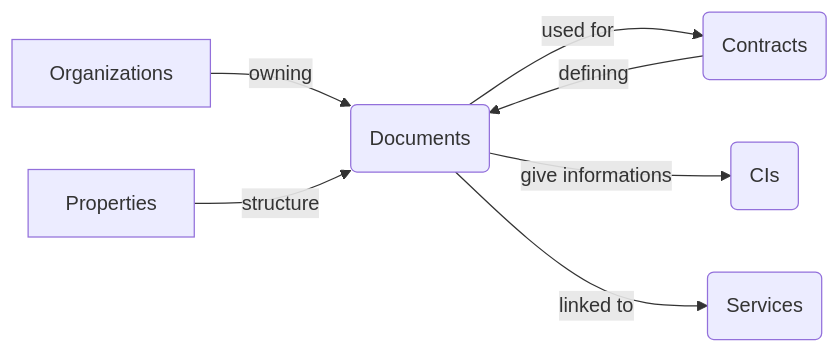
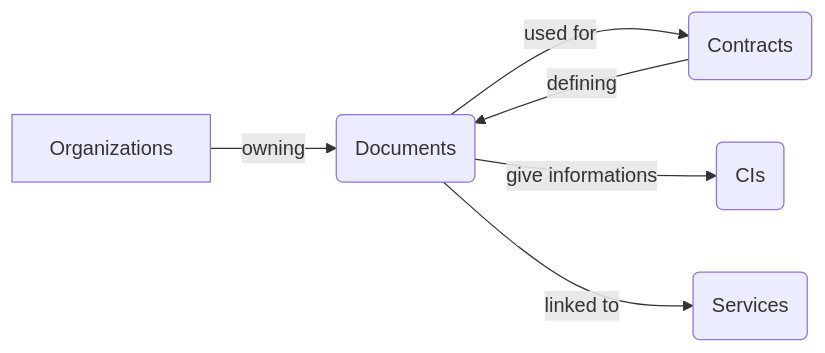
One commit to xeylou/testade.xeylou.fr changed the fifth of 8 diagrams in content/posts/itop-walkthrough/index.md. Above: the diagram before and after it, drawn with Mermaid. The commit also changed other lines of this file, not shown here.

```diff
--- a/content/posts/itop-walkthrough/index.md
+++ b/content/posts/itop-walkthrough/index.md
@@ -189,9 +188,8 @@
 {{< mermaid >}}
 graph LR
-C[Organizations] -->|owning| A
-B[Properties] -->|structure| A(Documents)
+C[Organizations] -->|owning| A(Documents)
+A -->|used for| D(Contracts)
 D -->|defining| A
-A -->|used for| D(Contracts)
 A -->|give informations| F(CIs)
 A -->|linked to| E(Services)
 {{< /mermaid >}}
```
